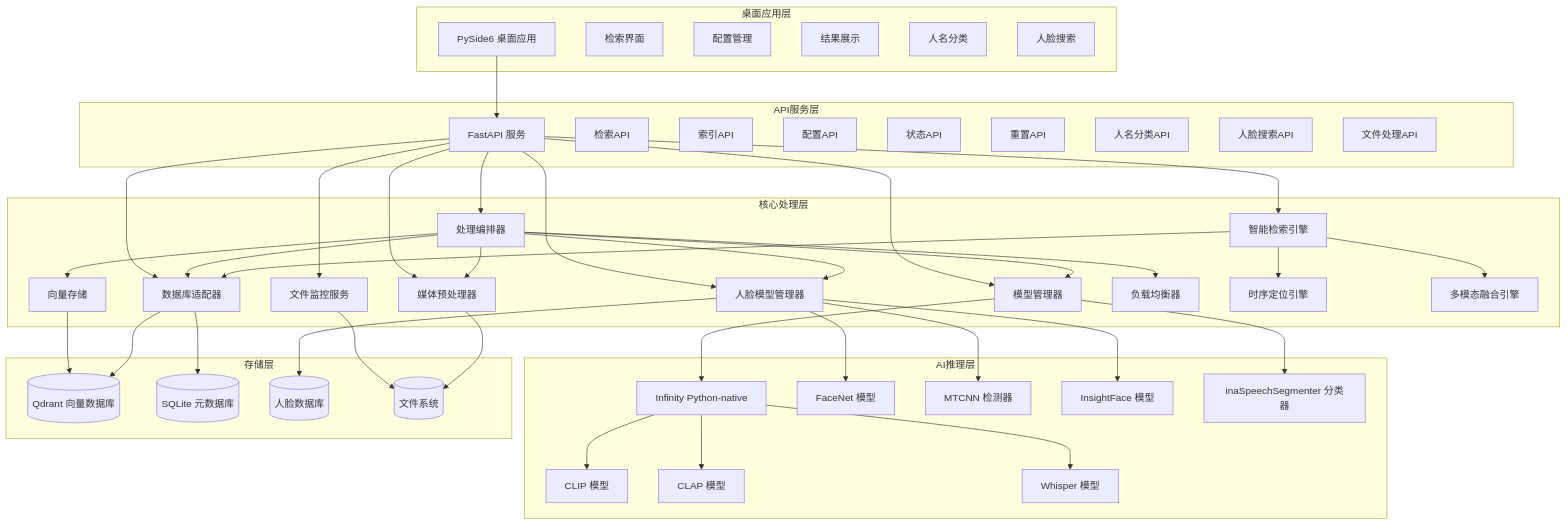
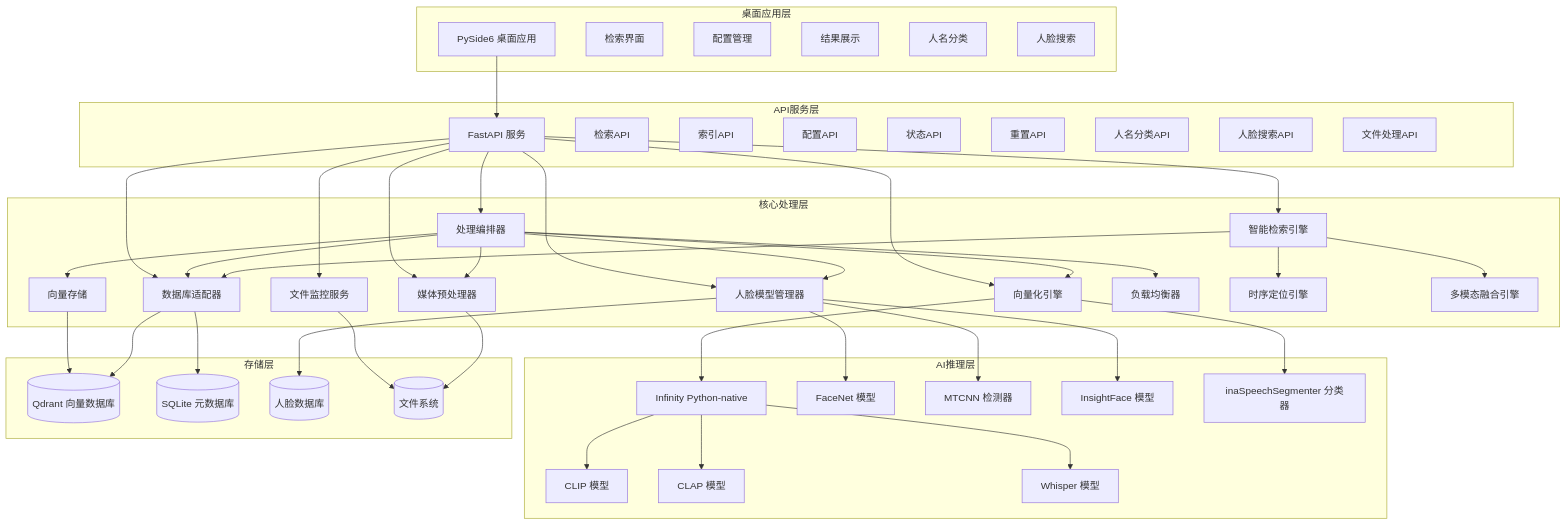
One commit to cr4342/msearch changed the diagram in IFLOW.md. Above: the diagram before and after it, drawn with Mermaid. The commit also changed other lines of this file and 13 other files, not shown here.

```diff
--- a/IFLOW.md
+++ b/IFLOW.md
@@ -62,7 +62,7 @@
         ProcessingOrchestrator[处理编排器]
         FileMonitor[文件监控服务]
         MediaProcessor[媒体预处理器]
-        ModelManager[模型管理器]
+        EmbeddingEngine[向量化引擎]
         FaceModelManager[人脸模型管理器]
         VectorStore[向量存储]
         SmartRetrieval[智能检索引擎]
@@ -94,23 +94,23 @@
     API --> ProcessingOrchestrator
     API --> FileMonitor
     API --> MediaProcessor
-    API --> ModelManager
+    API --> EmbeddingEngine
     API --> SmartRetrieval
     API --> DBAdapter
     API --> FaceModelManager
     
     ProcessingOrchestrator --> MediaProcessor
-    ProcessingOrchestrator --> ModelManager
+    ProcessingOrchestrator --> EmbeddingEngine
     ProcessingOrchestrator --> FaceModelManager
     ProcessingOrchestrator --> VectorStore
     ProcessingOrchestrator --> DBAdapter
     ProcessingOrchestrator --> LoadBalancer
     
-    ModelManager --> Infinity
+    EmbeddingEngine --> Infinity
     FaceModelManager --> FaceNet
     FaceModelManager --> MTCNN
     FaceModelManager --> InsightFace
-    ModelManager --> inaSpeechSegmenter
+    EmbeddingEngine --> inaSpeechSegmenter
     SmartRetrieval --> DBAdapter
     SmartRetrieval --> TemporalLocalizer
     SmartRetrieval --> MultimodalFusion
```
